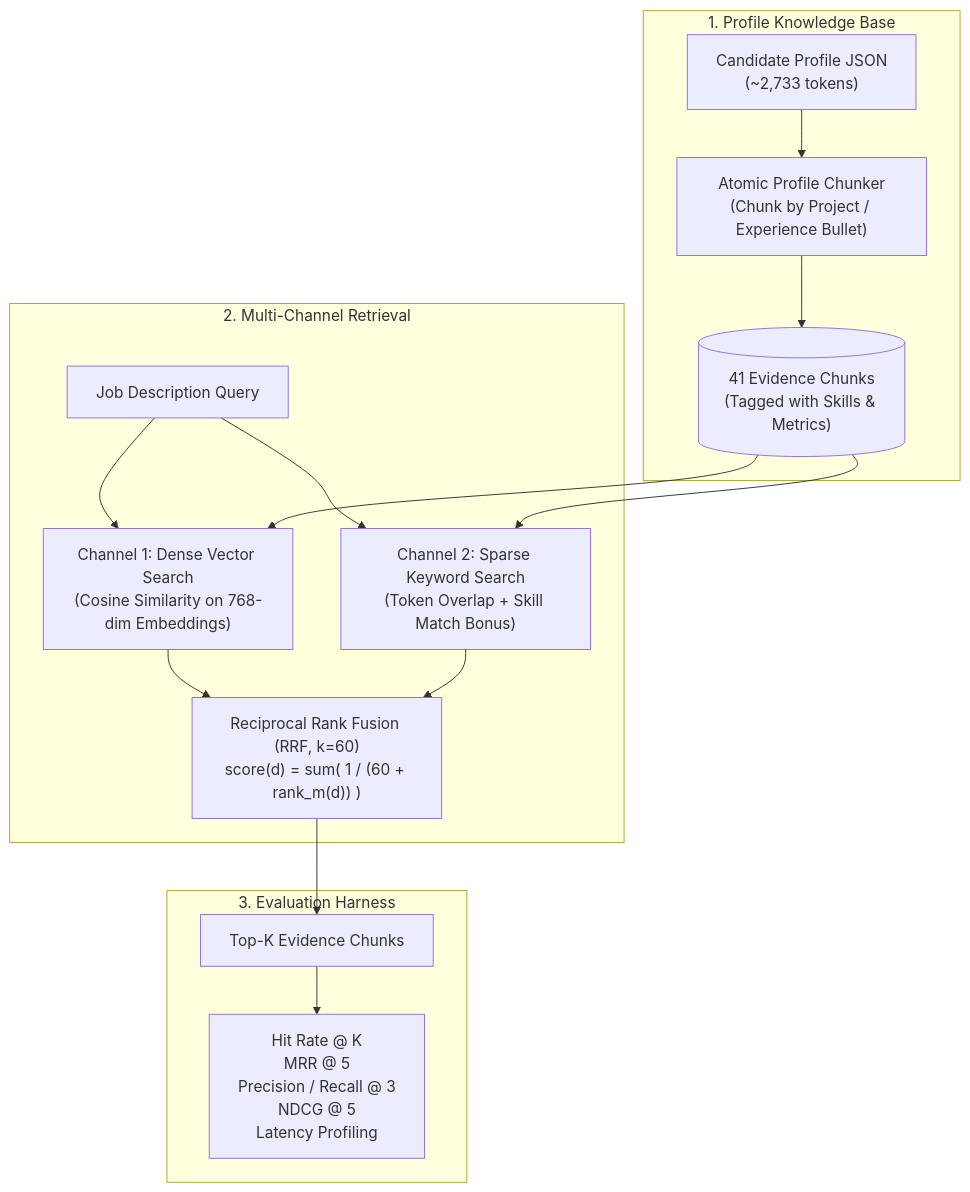
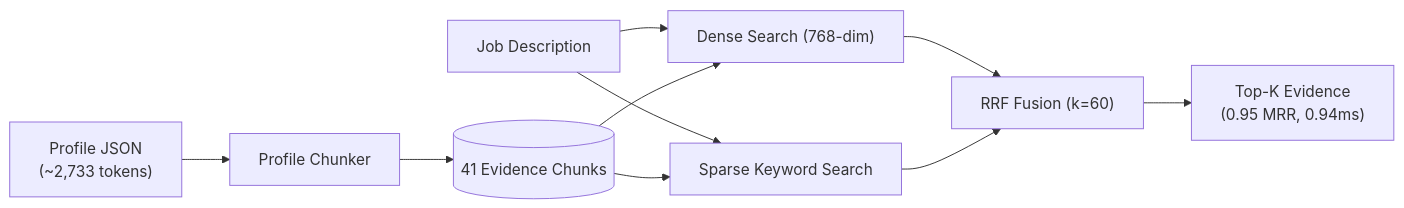
One commit to akashrdj/ai-job-finder changed the diagram in docs/evals.md. Above: the diagram before and after it, drawn with Mermaid. The commit also changed other lines of this file, not shown here.

````diff
--- a/docs/evals.md
+++ b/docs/evals.md
@@ -34,21 +26,8 @@
 ```mermaid
-flowchart TD
-    subgraph INGESTION ["1. Profile Knowledge Base"]
-        A["Candidate Profile JSON\n(~2,733 tokens)"] --> B["Atomic Profile Chunker\n(Chunk by Project / Experience Bullet)"]
-        B --> C[("41 Evidence Chunks\n(Tagged with Skills & Metrics)")]
-    end
-
-    subgraph RETRIEVAL ["2. Multi-Channel Retrieval"]
-        D["Job Description Query"] --> E["Channel 1: Dense Vector Search\n(Cosine Similarity on 768-dim Embeddings)"]
-        D --> F["Channel 2: Sparse Keyword Search\n(Token Overlap + Skill Match Bonus)"]
-        C --> E
-        C --> F
-        E --> G["Reciprocal Rank Fusion (RRF, k=60)\nscore(d) = sum( 1 / (60 + rank_m(d)) )"]
-        F --> G
-    end
-
-    subgraph METRICS ["3. Evaluation Harness"]
-        G --> H["Top-K Evidence Chunks"]
-        H --> I["Hit Rate @ K\nMRR @ 5\nPrecision / Recall @ 3\nNDCG @ 5\nLatency Profiling"]
-    end
+flowchart LR
+    A["Profile JSON\n(~2,733 tokens)"] --> B["Profile Chunker"] --> C[("41 Evidence Chunks")]
+    D["Job Description"] --> E["Dense Search (768-dim)"]
+    D --> F["Sparse Keyword Search"]
+    C --> E & F
+    E & F --> G["RRF Fusion (k=60)"] --> H["Top-K Evidence\n(0.95 MRR, 0.94ms)"]
 ```
````
